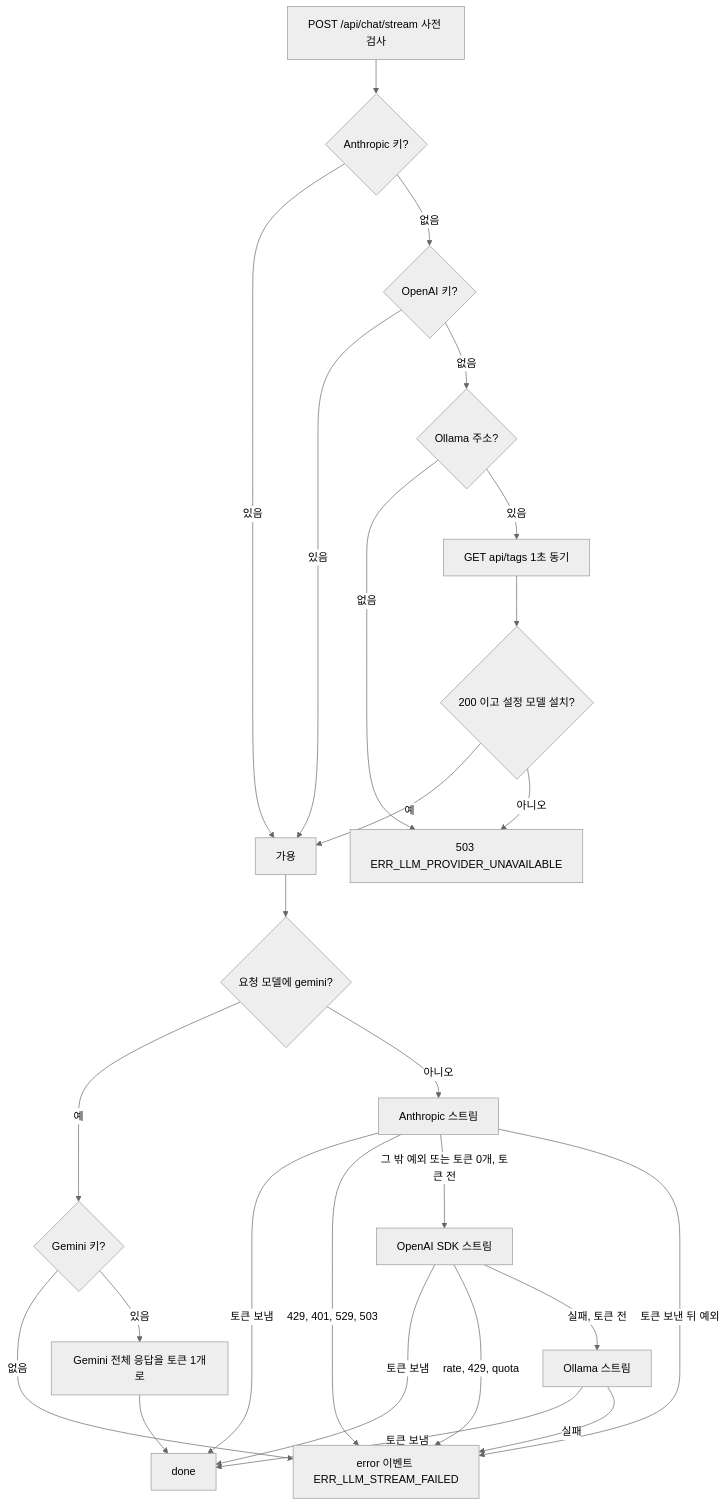
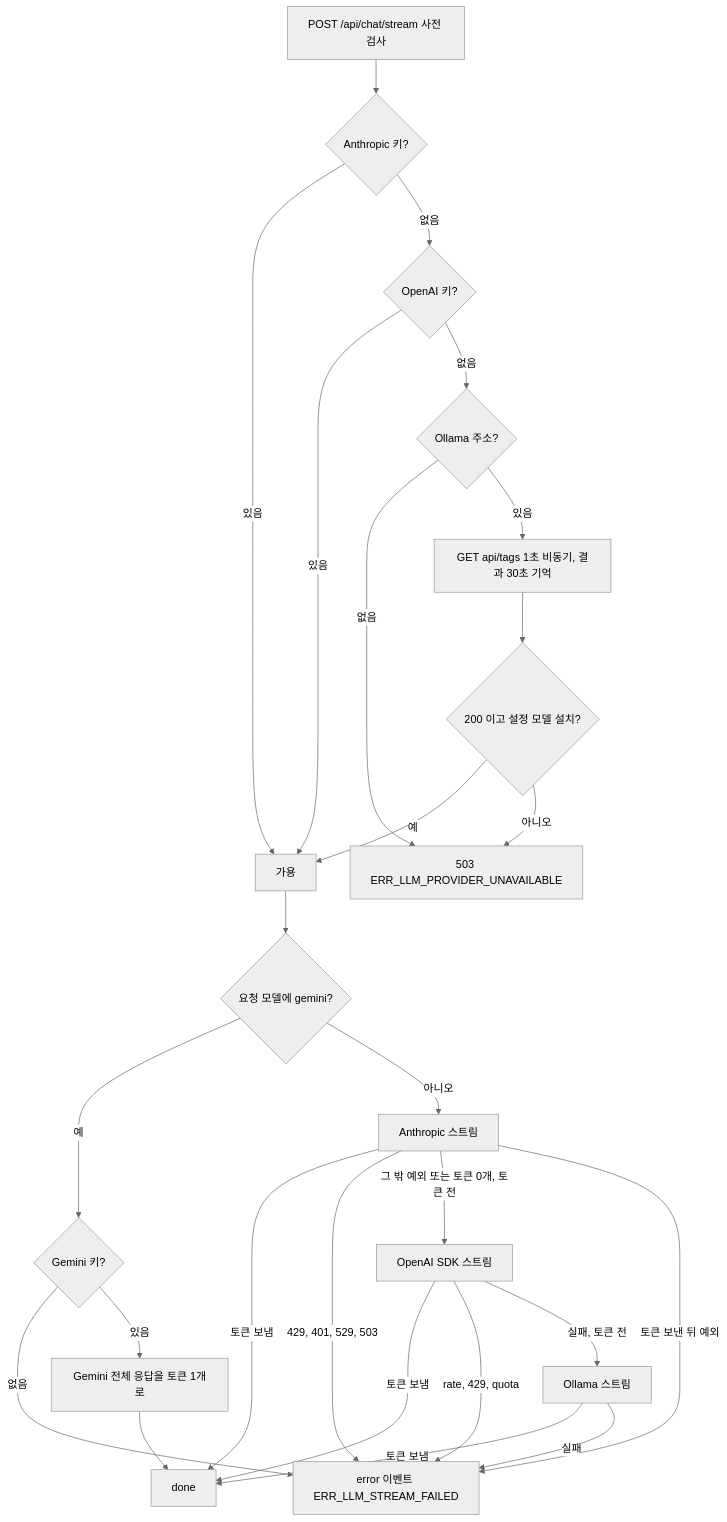
Diagram 23 of 27 in docs/spec-writer/fsd/02_AI_CHAT_SPECIFICATION.md (ozplayground/agent-lens), drawn with Mermaid (neutral theme) before and after one commit. The commit also changed other lines of this file and 216 other files, not shown here.

````diff
--- a/docs/spec-writer/fsd/02_AI_CHAT_SPECIFICATION.md
+++ b/docs/spec-writer/fsd/02_AI_CHAT_SPECIFICATION.md
@@ -1695,28 +1738,28 @@
 ```mermaid
 flowchart TD
     A["POST /api/chat/stream 사전 검사"] --> B{"Anthropic 키?"}
     B -->|있음| OK["가용"]
     B -->|없음| C{"OpenAI 키?"}
     C -->|있음| OK
     C -->|없음| D{"Ollama 주소?"}
     D -->|없음| NG["503 ERR_LLM_PROVIDER_UNAVAILABLE"]
-    D -->|있음| E["GET api/tags 1초 동기"]
+    D -->|있음| E["GET api/tags 1초 비동기, 결과 30초 기억"]
     E --> F{"200 이고 설정 모델 설치?"}
     F -->|예| OK
     F -->|아니오| NG
     OK --> G{"요청 모델에 gemini?"}
     G -->|예| H{"Gemini 키?"}
     H -->|없음| ERR["error 이벤트 ERR_LLM_STREAM_FAILED"]
     H -->|있음| I["Gemini 전체 응답을 토큰 1개로"]
     G -->|아니오| J["Anthropic 스트림"]
     J -->|토큰 보냄| DONE["done"]
     J -->|429, 401, 529, 503| ERR
     J -->|그 밖 예외 또는 토큰 0개, 토큰 전| K["OpenAI SDK 스트림"]
     J -->|토큰 보낸 뒤 예외| ERR
     K -->|토큰 보냄| DONE
     K -->|rate, 429, quota| ERR
     K -->|실패, 토큰 전| L["Ollama 스트림"]
     L -->|토큰 보냄| DONE
     L -->|실패| ERR
     I --> DONE
 ```
````
